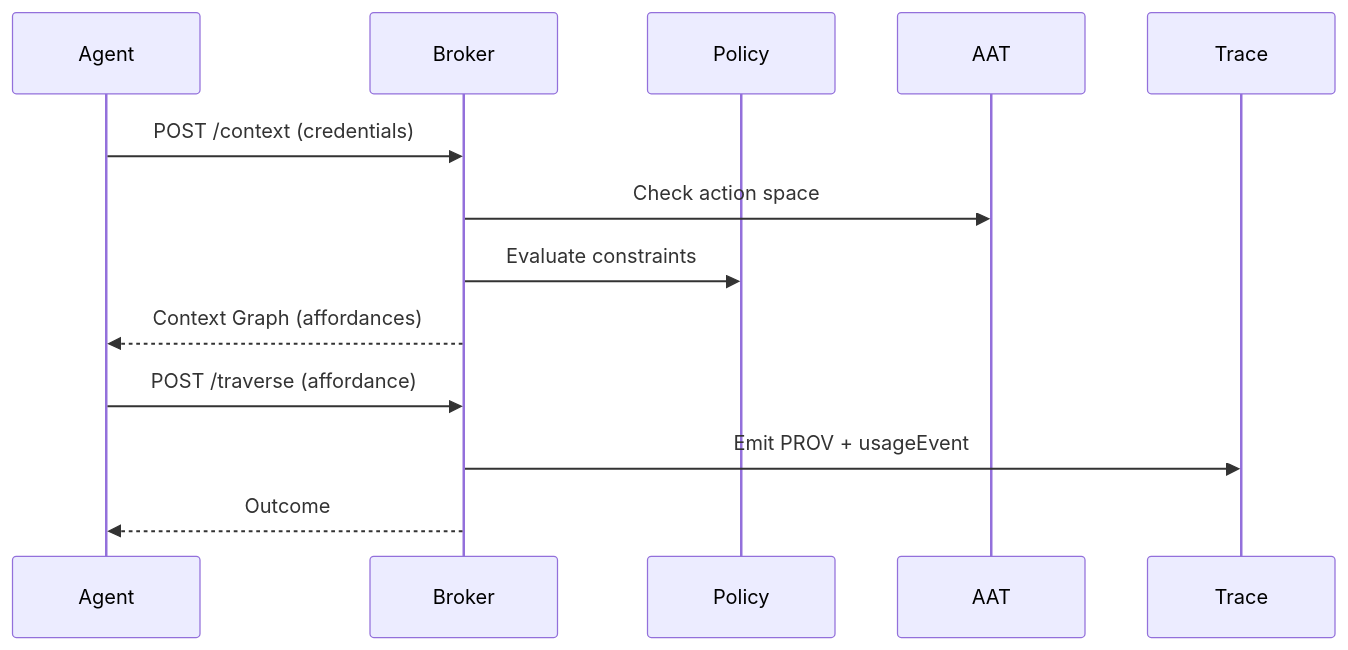
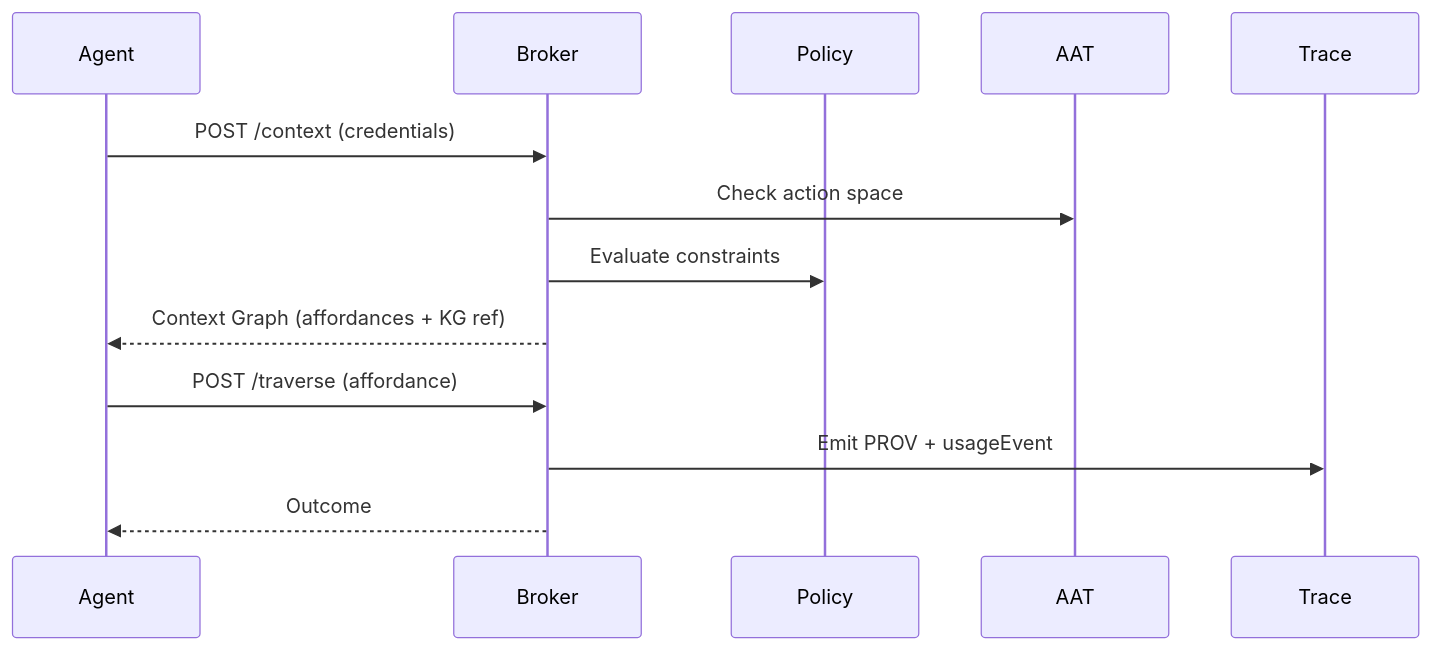
One commit to markjspivey-xwisee/agent-context-graph-implementation changed the second of 2 diagrams in OVERVIEW.md. Above: the diagram before and after it, drawn with Mermaid. The commit also changed other lines of this file and 26 other files, not shown here.

Commit message:
Add knowledge graph support and tool authoring examples

````diff
--- a/OVERVIEW.md
+++ b/OVERVIEW.md
@@ -24,15 +26,15 @@
 ```mermaid
 sequenceDiagram
   participant Agent
   participant Broker
   participant Policy
   participant AAT
   participant Trace
   Agent->>Broker: POST /context (credentials)
   Broker->>AAT: Check action space
   Broker->>Policy: Evaluate constraints
-  Broker-->>Agent: Context Graph (affordances)
+  Broker-->>Agent: Context Graph (affordances + KG ref)
   Agent->>Broker: POST /traverse (affordance)
   Broker->>Trace: Emit PROV + usageEvent
   Broker-->>Agent: Outcome
 ```
````
